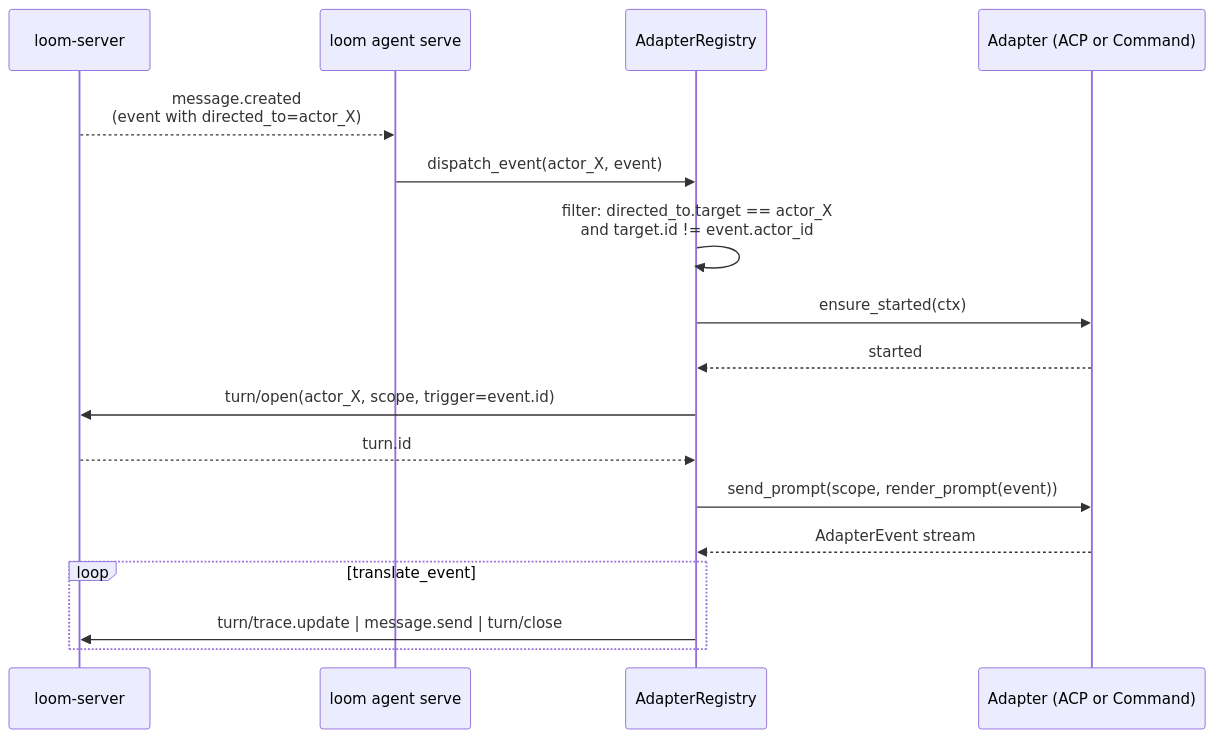
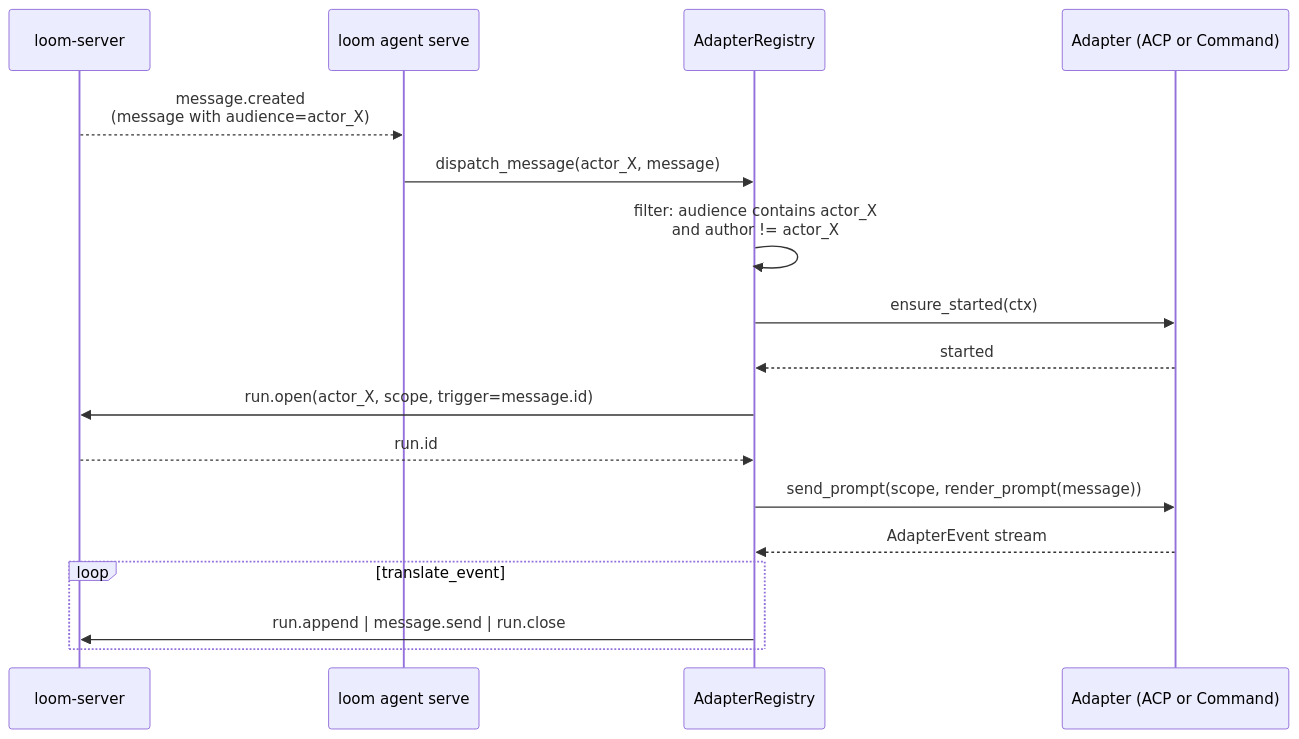
The sixth of 6 diagrams in docs/architecture-v1-agent-client.md (wyw-ai/loom), drawn with Mermaid before and after one commit. The commit also changed other lines of this file and 63 other files, not shown here.

````diff
--- a/docs/architecture-v1-agent-client.md
+++ b/docs/architecture-v1-agent-client.md
@@ -404,20 +404,20 @@
 ```mermaid
 sequenceDiagram
     participant Server as loom-server
     participant Client as loom agent serve
     participant Reg as AdapterRegistry
     participant A as Adapter (ACP or Command)
 
-    Server-->>Client: message.created<br/>(event with directed_to=actor_X)
-    Client->>Reg: dispatch_event(actor_X, event)
-    Reg->>Reg: filter: directed_to.target == actor_X<br/>and target.id != event.actor_id
+    Server-->>Client: message.created<br/>(message with audience=actor_X)
+    Client->>Reg: dispatch_message(actor_X, message)
+    Reg->>Reg: filter: audience contains actor_X<br/>and author != actor_X
     Reg->>A: ensure_started(ctx)
     A-->>Reg: started
-    Reg->>Server: turn/open(actor_X, scope, trigger=event.id)
-    Server-->>Reg: turn.id
-    Reg->>A: send_prompt(scope, render_prompt(event))
+    Reg->>Server: run.open(actor_X, scope, trigger=message.id)
+    Server-->>Reg: run.id
+    Reg->>A: send_prompt(scope, render_prompt(message))
     A-->>Reg: AdapterEvent stream
     loop translate_event
-        Reg->>Server: turn/trace.update | message.send | turn/close
+        Reg->>Server: run.append | message.send | run.close
     end
 ```
````
